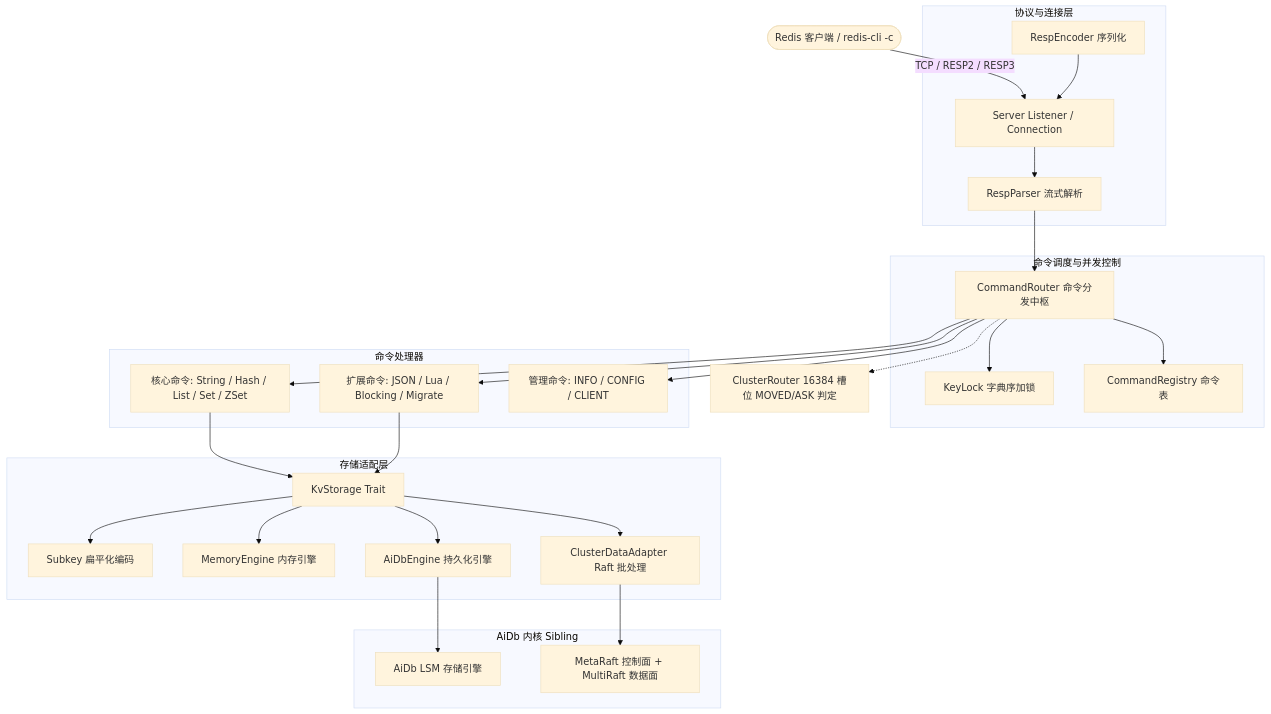
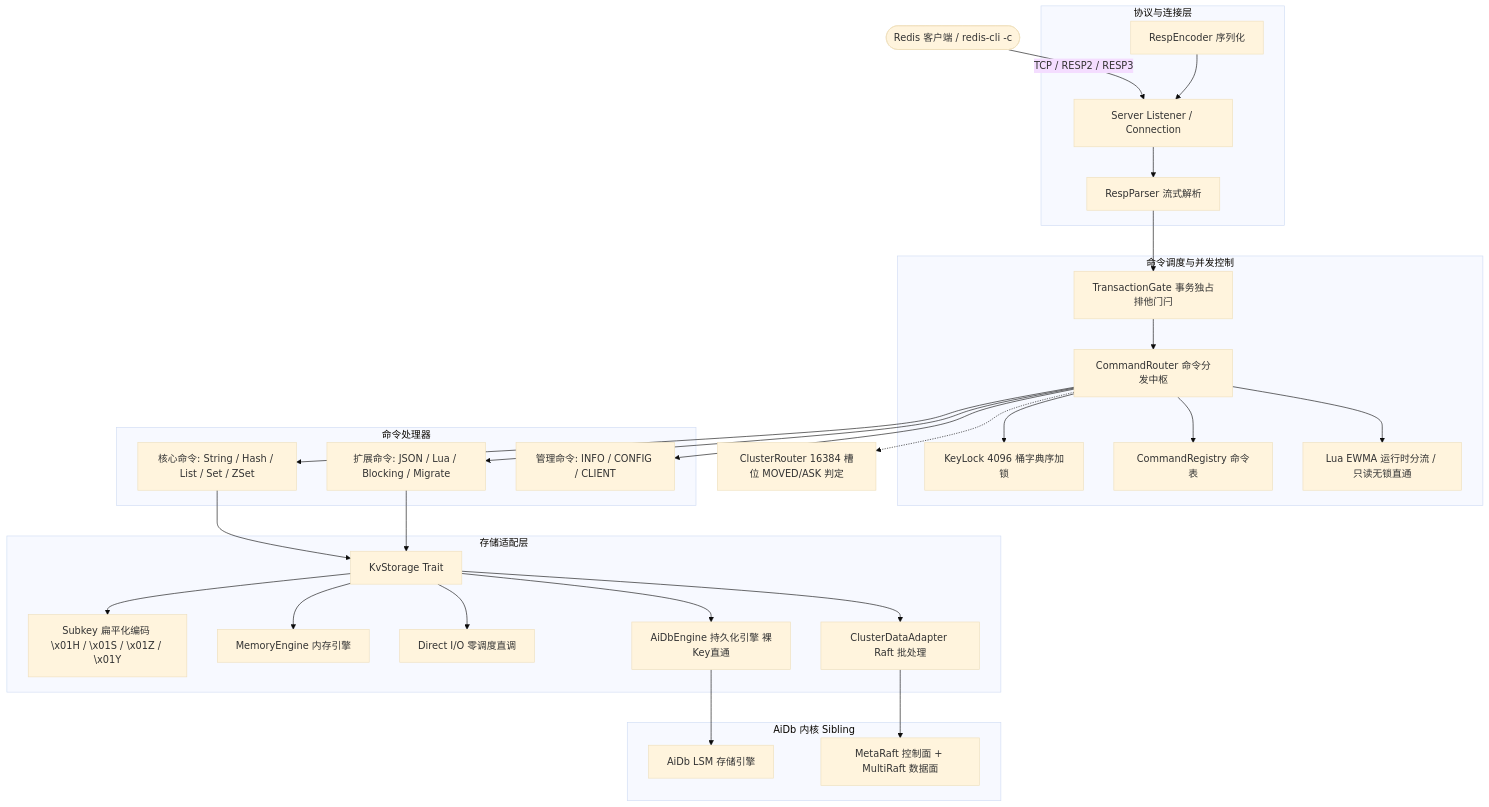
One commit to wiqun/AiKv changed the diagram in README.md. Above: the diagram before and after it, drawn with Mermaid (base theme). The commit also changed other lines of this file and 89 other files, not shown here.

````diff
--- a/README.md
+++ b/README.md
@@ -36,37 +37,40 @@
 ```mermaid
 flowchart TB
     Client([Redis 客户端 / redis-cli -c]) -->|TCP / RESP2 / RESP3| Listener[Server Listener / Connection]
 
     subgraph Protocol [协议与连接层]
         Listener --> Parser[RespParser 流式解析]
         Encoder[RespEncoder 序列化] --> Listener
     end
 
     subgraph Dispatch [命令调度与并发控制]
-        Parser --> Router[CommandRouter 命令分发中枢]
-        Router --> KeyLock[KeyLock 字典序加锁]
+        Parser --> Gate[TransactionGate 事务独占排他门闩]
+        Gate --> Router[CommandRouter 命令分发中枢]
+        Router --> KeyLock[KeyLock 4096 桶字典序加锁]
         Router --> Registry[CommandRegistry 命令表]
+        Router --> EWMA[Lua EWMA 运行时分流 / 只读无锁直通]
     end
 
     subgraph CommandHandlers [命令处理器]
         Router --> CoreCmds[核心命令: String / Hash / List / Set / ZSet]
         Router --> ExtCmds[扩展命令: JSON / Lua / Blocking / Migrate]
         Router --> ServerCmds[管理命令: INFO / CONFIG / CLIENT]
     end
 
     subgraph StorageAdapter [存储适配层]
         CoreCmds --> Adapter[KvStorage Trait]
         ExtCmds --> Adapter
-        Adapter --> Subkey[Subkey 扁平化编码]
+        Adapter --> Subkey[Subkey 扁平化编码 \x01H / \x01S / \x01Z / \x01Y]
         Adapter --> Memory[MemoryEngine 内存引擎]
-        Adapter --> AiDbEngine[AiDbEngine 持久化引擎]
+        Adapter --> Direct[Direct I/O 零调度直调]
+        Adapter --> AiDbEngine[AiDbEngine 持久化引擎 裸Key直通]
         Adapter --> ClusterAdapter[ClusterDataAdapter Raft 批处理]
     end
 
     subgraph AiDbBackend [AiDb 内核 Sibling]
         AiDbEngine --> LSM[AiDb LSM 存储引擎]
         ClusterAdapter --> Raft[MetaRaft 控制面 + MultiRaft 数据面]
     end
 
     Router -.-> ClusterRoute[ClusterRouter 16384 槽位 MOVED/ASK 判定]
 ```
````
